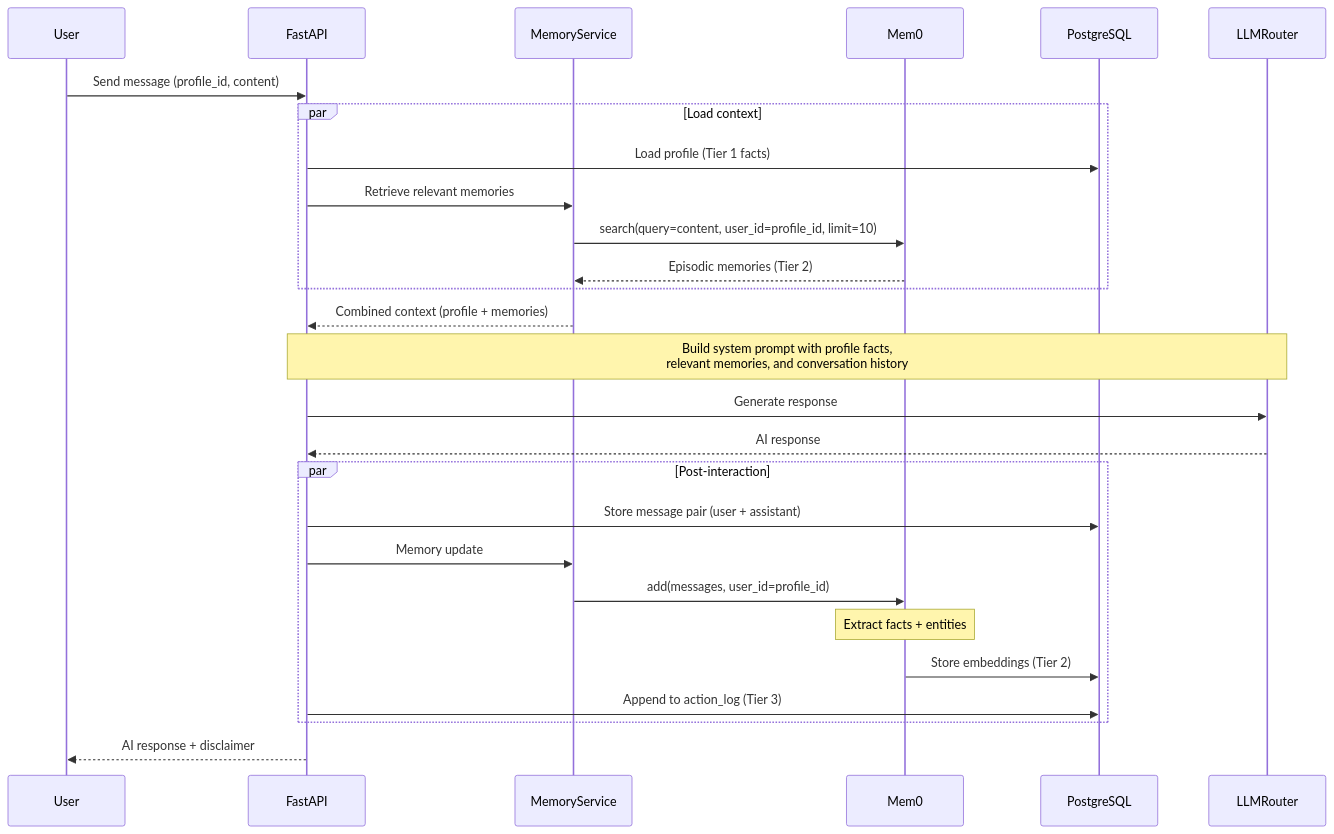
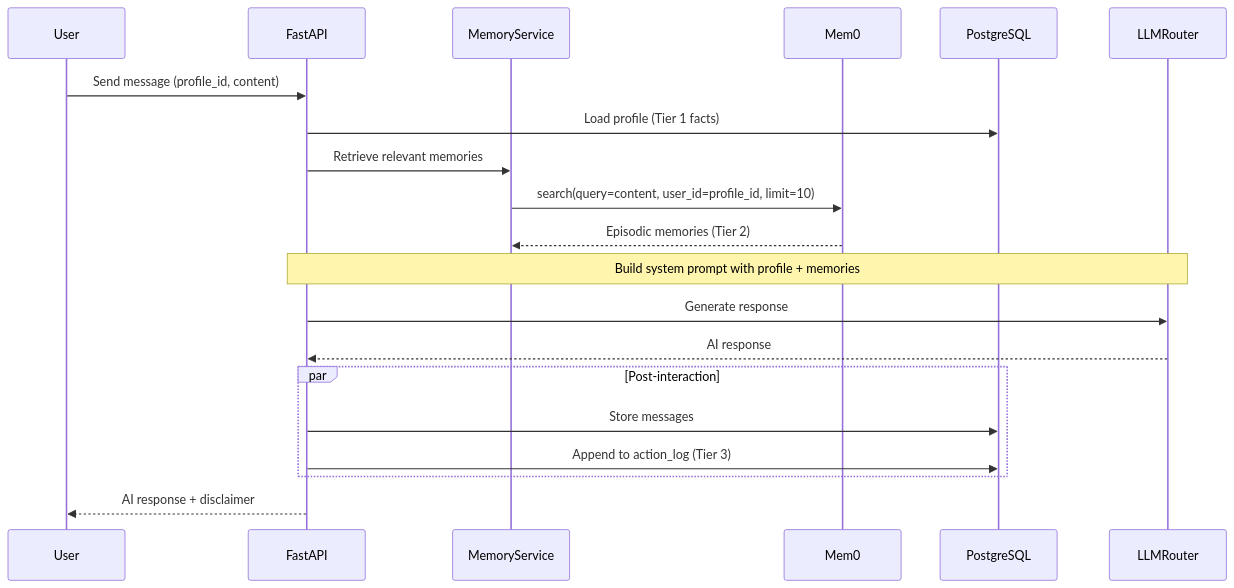
The fourth of 7 diagrams in docs/ARCHITECTURE.md (ArthurZhang2408/familyhealth-ai), drawn with Mermaid before and after one commit. The commit also changed other lines of this file and 22 other files, not shown here.

````diff
--- a/docs/ARCHITECTURE.md
+++ b/docs/ARCHITECTURE.md
@@ -618,36 +652,28 @@
 ```mermaid
 sequenceDiagram
     participant U as User
     participant API as FastAPI
     participant MS as MemoryService
     participant M0 as Mem0
     participant PG as PostgreSQL
     participant LLM as LLMRouter
 
     U->>API: Send message (profile_id, content)
 
-    par Load context
-        API->>PG: Load profile (Tier 1 facts)
-        API->>MS: Retrieve relevant memories
-        MS->>M0: search(query=content, user_id=profile_id, limit=10)
-        M0-->>MS: Episodic memories (Tier 2)
-    end
+    API->>PG: Load profile (Tier 1 facts)
+    API->>MS: Retrieve relevant memories
+    MS->>M0: search(query=content, user_id=profile_id, limit=10)
+    M0-->>MS: Episodic memories (Tier 2)
 
-    MS-->>API: Combined context (profile + memories)
-
-    Note over API,LLM: Build system prompt with profile facts,<br/>relevant memories, and conversation history
+    Note over API,LLM: Build system prompt with profile + memories
 
     API->>LLM: Generate response
     LLM-->>API: AI response
 
     par Post-interaction
-        API->>PG: Store message pair (user + assistant)
-        API->>MS: Memory update
-        MS->>M0: add(messages, user_id=profile_id)
-        Note over M0: Extract facts + entities
-        M0->>PG: Store embeddings (Tier 2)
+        API->>PG: Store messages
         API->>PG: Append to action_log (Tier 3)
     end
 
     API-->>U: AI response + disclaimer
 ```
````
